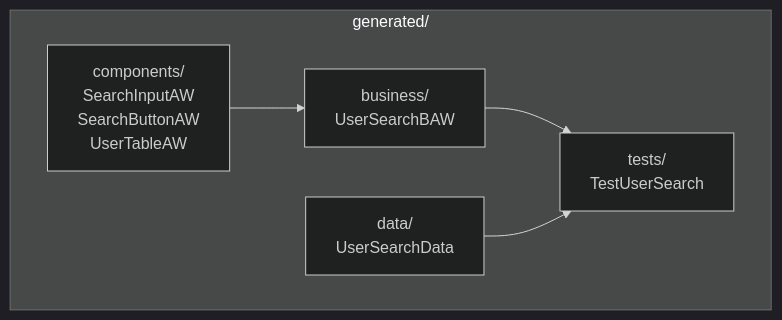
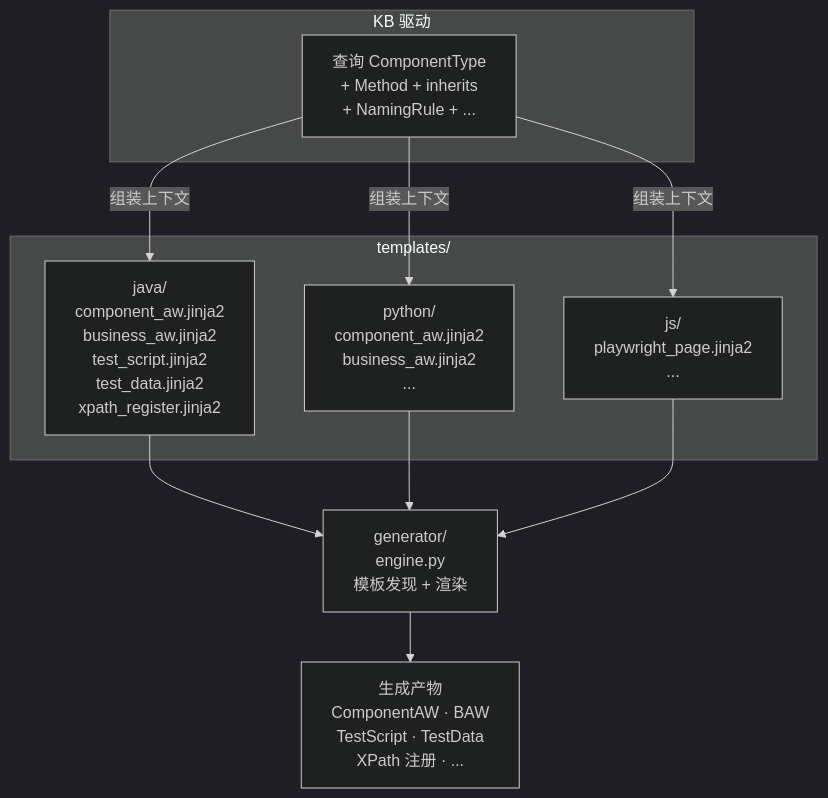
One commit to timgunnar/UIBridge changed the fourth of 4 diagrams in README.md. Above: the diagram before and after it, drawn with Mermaid (dark theme). The commit also changed other lines of this file and 122 other files, not shown here.

````diff
--- a/README.md
+++ b/README.md
@@ -121,11 +126,18 @@
 ```mermaid
 graph TB
-    subgraph "generated/"
-        CAW["components/<br/>SearchInputAW<br/>SearchButtonAW<br/>UserTableAW"]
-        BAW["business/<br/>UserSearchBAW"]
-        TEST["tests/<br/>TestUserSearch"]
-        DATA["data/<br/>UserSearchData"]
+    subgraph "templates/"
+        T_JAVA["java/<br/>component_aw.jinja2<br/>business_aw.jinja2<br/>test_script.jinja2<br/>test_data.jinja2<br/>xpath_register.jinja2"]
+        T_PY["python/<br/>component_aw.jinja2<br/>business_aw.jinja2<br/>..."]
+        T_JS["js/<br/>playwright_page.jinja2<br/>..."]
     end
-    CAW --> BAW --> TEST
-    DATA --> TEST
+    subgraph "KB 驱动"
+        KB_Q["查询 ComponentType<br/>+ Method + inherits<br/>+ NamingRule + ..."]
+    end
+    KB_Q -->|"组装上下文"| T_JAVA
+    KB_Q -->|"组装上下文"| T_PY
+    KB_Q -->|"组装上下文"| T_JS
+    T_JAVA --> GEN["generator/<br/>engine.py<br/>模板发现 + 渲染"]
+    T_PY --> GEN
+    T_JS --> GEN
+    GEN --> OUT["生成产物<br/>ComponentAW · BAW<br/>TestScript · TestData<br/>XPath 注册 · ..."]
 ```
````
